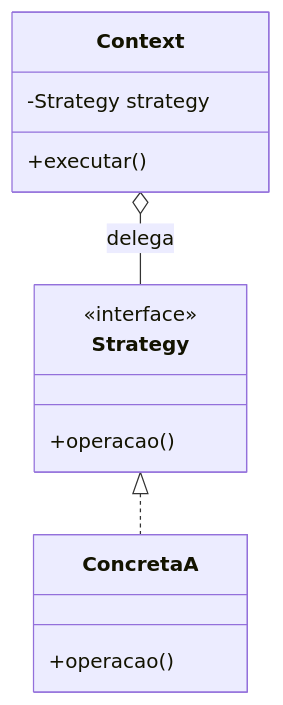
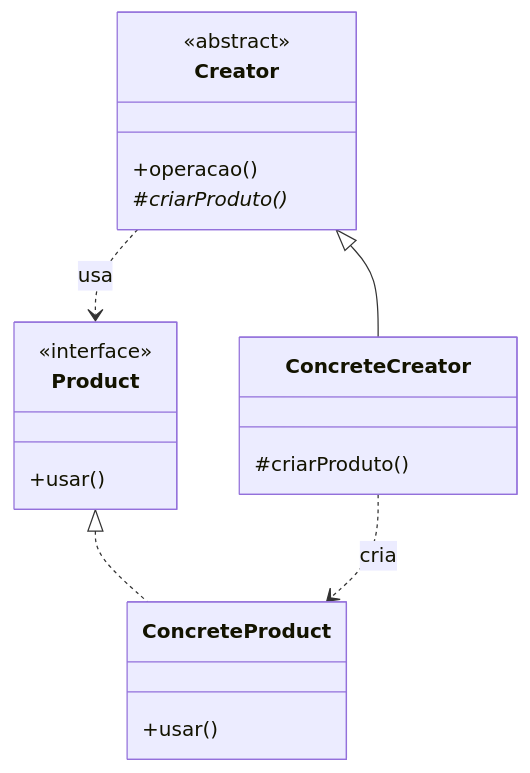
The diagram in docs/patterns/criacionais/factory-method/README.md (JoaoVitorLima242/project-patterns), drawn with Mermaid before and after one commit. The commit also changed other lines of this file, not shown here.

````diff
--- a/docs/patterns/criacionais/factory-method/README.md
+++ b/docs/patterns/criacionais/factory-method/README.md
@@ -36,16 +82,22 @@
 ```mermaid
 classDiagram
-    class Context {
-        -Strategy strategy
-        +executar()
+    class Creator {
+        <<abstract>>
+        +operacao()
+        #criarProduto()*
     }
-    class Strategy {
+    class ConcreteCreator {
+        #criarProduto()
+    }
+    class Product {
         <<interface>>
-        +operacao()
+        +usar()
     }
-    class ConcretaA {
-        +operacao()
+    class ConcreteProduct {
+        +usar()
     }
-    Context o-- Strategy : delega
-    Strategy <|.. ConcretaA
+    Creator <|-- ConcreteCreator
+    Product <|.. ConcreteProduct
+    Creator ..> Product : usa
+    ConcreteCreator ..> ConcreteProduct : cria
 ```
````
